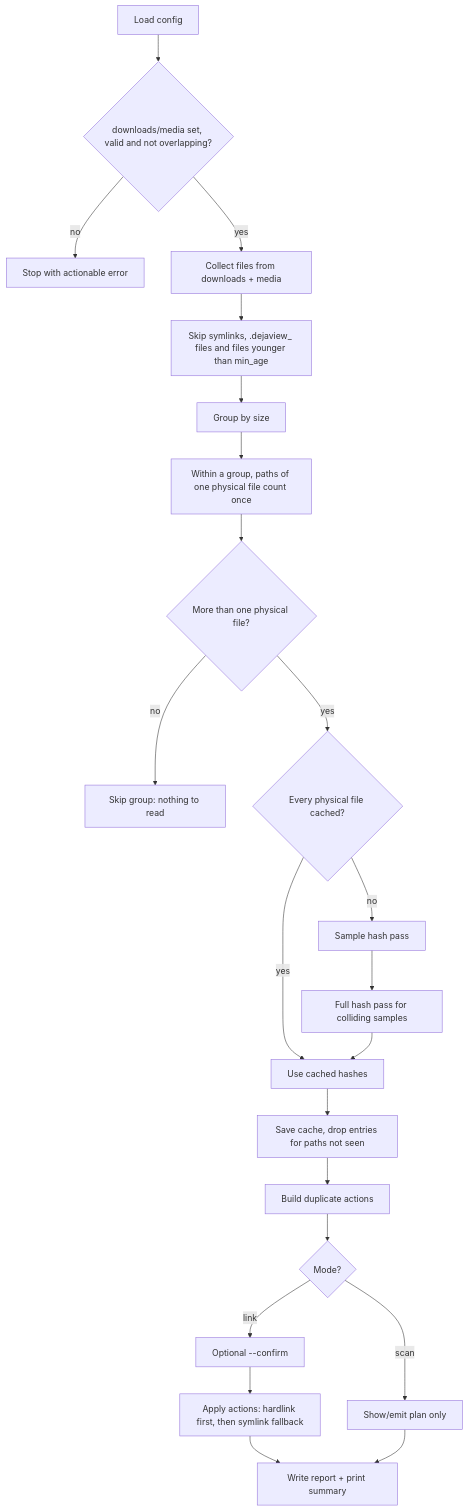
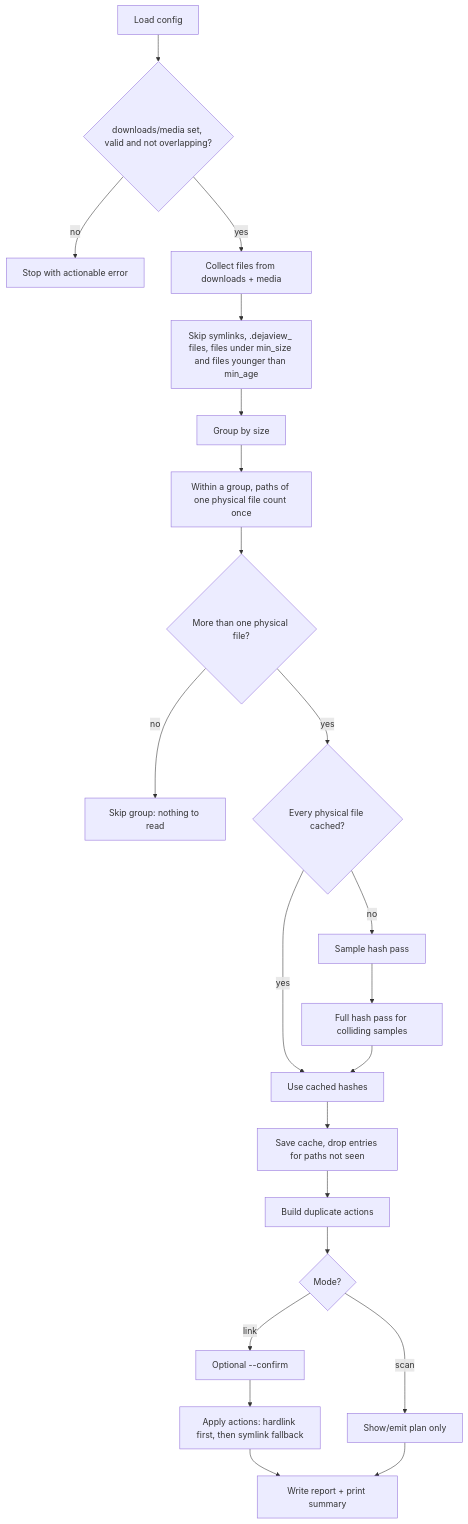
Before and after one commit to BattermanZ/DejaView: the third of 6 diagrams in docs/HOW_IT_WORKS.md, drawn with Mermaid. The commit also changed other lines of this file and 14 other files, not shown here.

First line of the commit message:
fix(engine): skip empty files and files under 1 MiB

````diff
--- a/docs/HOW_IT_WORKS.md
+++ b/docs/HOW_IT_WORKS.md
@@ -68,24 +69,24 @@
 ```mermaid
 flowchart TD
     A[Load config] --> B{downloads/media set, valid and not overlapping?}
     B -- no --> X[Stop with actionable error]
     B -- yes --> C[Collect files from downloads + media]
-    C --> D[Skip symlinks, .dejaview_ files and files younger than min_age]
+    C --> D[Skip symlinks, .dejaview_ files, files under min_size and files younger than min_age]
     D --> E[Group by size]
     E --> F[Within a group, paths of one physical file count once]
     F --> G{More than one physical file?}
     G -- no --> SKIP[Skip group: nothing to read]
     G -- yes --> H{Every physical file cached?}
     H -- yes --> K[Use cached hashes]
     H -- no --> I[Sample hash pass]
     I --> J[Full hash pass for colliding samples]
     J --> K
     K --> L[Save cache, drop entries for paths not seen]
     L --> M[Build duplicate actions]
     M --> N{Mode?}
     N -- scan --> O[Show/emit plan only]
     N -- link --> P[Optional --confirm]
     P --> Q[Apply actions: hardlink first, then symlink fallback]
     Q --> R[Write report + print summary]
     O --> R
 ```
````
